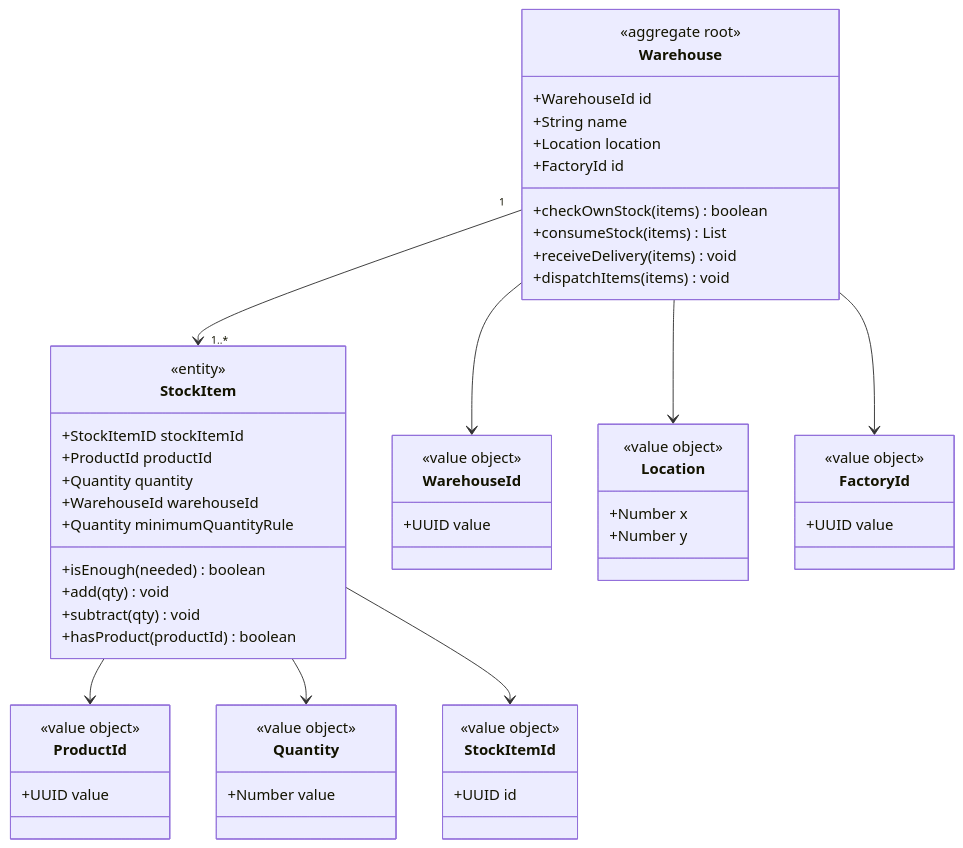
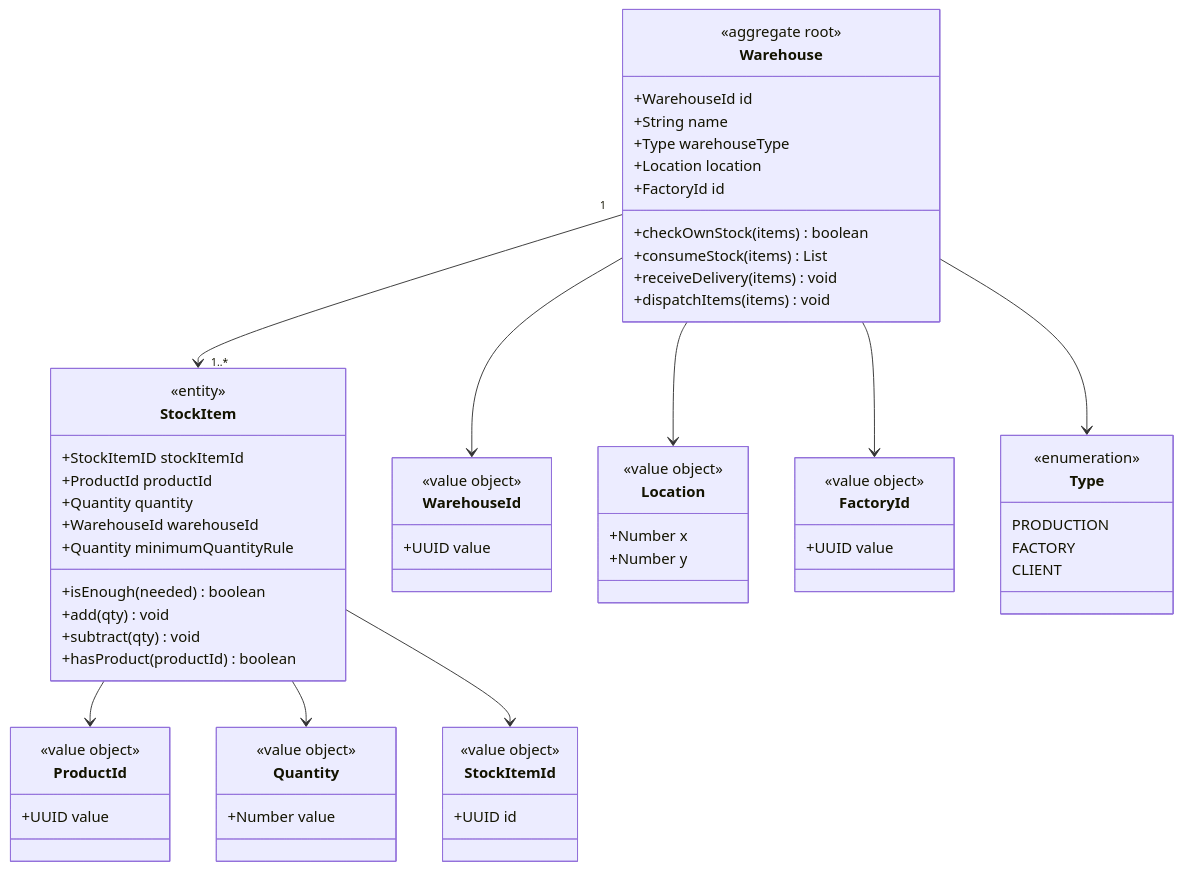
The first of 6 diagrams in README.md (Esmeralda6/Warehouse-Workshop), drawn with Mermaid before and after one commit.

Commit message:
Update README.md
Update

````diff
--- a/README.md
+++ b/README.md
@@ -5,58 +5,66 @@
 ```mermaid
 classDiagram
     class Warehouse {
         <<aggregate root>>
         +WarehouseId id
         +String name
+        +Type warehouseType 
         +Location location
         +FactoryId id
         +checkOwnStock(items) boolean
         +consumeStock(items) List<stockItem>
         +receiveDelivery(items) void
         +dispatchItems(items) void
     }
     class StockItem {
         <<entity>>
         +StockItemID stockItemId
         +ProductId productId
         +Quantity quantity
         +WarehouseId warehouseId
         +Quantity minimumQuantityRule
         +isEnough(needed) boolean
         +add(qty) void
         +subtract(qty) void
         +hasProduct(productId) boolean
     }
     class WarehouseId {
         <<value object>>
         +UUID value
     }
     class Location {
         <<value object>>
         +Number x
         +Number y
     }
     class Quantity {
         <<value object>>
         +Number value
     }
     class ProductId {
         <<value object>>
         +UUID value
     }
     class StockItemId{
         <<value object>>
         +UUID id
     }
     class FactoryId {
         <<value object>>
         +UUID value
-}
+    }
+    class Type {
+        <<enumeration>>
+        PRODUCTION
+        FACTORY
+        CLIENT
+    }
     Warehouse "1" --> "1..*" StockItem
     Warehouse --> WarehouseId
     Warehouse --> Location
     Warehouse --> FactoryId
+    Warehouse --> Type
     StockItem --> ProductId
     StockItem --> Quantity
     StockItem --> StockItemId
 ```
````
